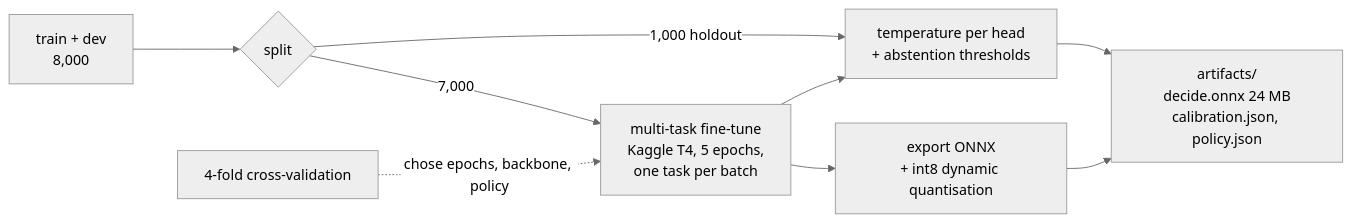
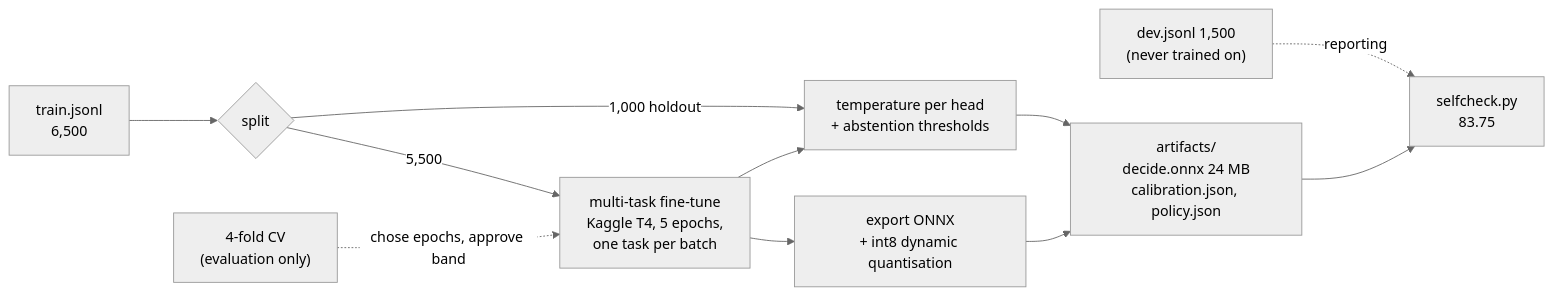
The fifth of 5 diagrams in docs/ARCHITECTURE.md (Amal-Verma/Jev-router-decide), drawn with Mermaid (neutral theme) before and after one commit. The commit also changed other lines of this file and 14 other files, not shown here.

Commit message:
Serve train-only model (never trained on dev); restore honest dev results; update docs and report

````diff
--- a/docs/ARCHITECTURE.md
+++ b/docs/ARCHITECTURE.md
@@ -91,11 +91,13 @@
 ```mermaid
 flowchart LR
-    D["train + dev<br/>8,000"] --> SP{"split"}
-    SP -->|7,000| TR["multi-task fine-tune<br/>Kaggle T4, 5 epochs,<br/>one task per batch"]
+    D["train.jsonl<br/>6,500"] --> SP{"split"}
+    SP -->|5,500| TR["multi-task fine-tune<br/>Kaggle T4, 5 epochs,<br/>one task per batch"]
     SP -->|1,000 holdout| CAL["temperature per head<br/>+ abstention thresholds"]
     TR --> CAL
     TR --> EX["export ONNX<br/>+ int8 dynamic quantisation"]
     CAL --> ART["artifacts/<br/>decide.onnx 24 MB<br/>calibration.json, policy.json"]
     EX --> ART
-    CV["4-fold cross-validation"] -.->|"chose epochs, backbone, policy"| TR
+    CV["4-fold CV<br/>(evaluation only)"] -.->|"chose epochs, approve band"| TR
+    DEV["dev.jsonl 1,500<br/>(never trained on)"] -.->|"reporting"| SC["selfcheck.py<br/>83.75"]
+    ART --> SC
 ```
````
